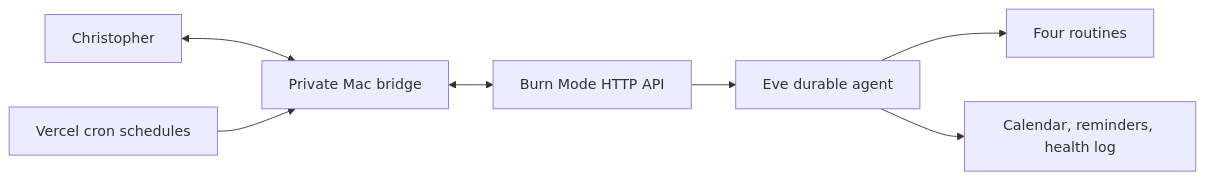
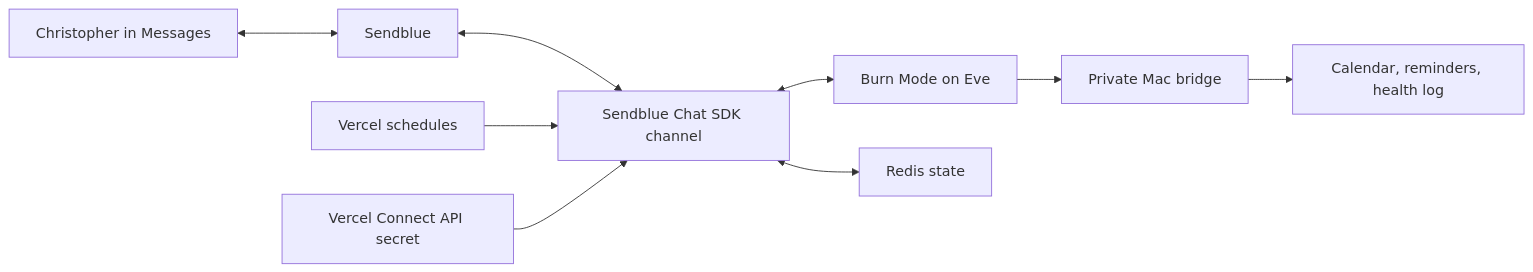
The diagram in README.md (BurnedChris/agent-burn), drawn with Mermaid before and after one commit. The commit also changed other lines of this file and 12 other files, not shown here.

Commit message:
Add Sendblue chat support

````diff
--- a/README.md
+++ b/README.md
@@ -17,9 +21,11 @@
 ```mermaid
 flowchart LR
-  Christopher["Christopher"] <--> Bridge["Private Mac bridge"]
-  Bridge <--> API["Burn Mode HTTP API"]
-  API --> Eve["Eve durable agent"]
-  Eve --> Skills["Four routines"]
-  Eve --> Tools["Calendar, reminders, health log"]
-  Schedules["Vercel cron schedules"] --> Bridge
+  Christopher["Christopher in Messages"] <--> Sendblue["Sendblue"]
+  Sendblue <--> Channel["Sendblue Chat SDK channel"]
+  Channel <--> Eve["Burn Mode on Eve"]
+  Schedules["Vercel schedules"] --> Channel
+  Connect["Vercel Connect API secret"] --> Channel
+  Channel <--> Redis["Redis state"]
+  Eve --> Bridge["Private Mac bridge"]
+  Bridge --> Apple["Calendar, reminders, health log"]
 ```
````
